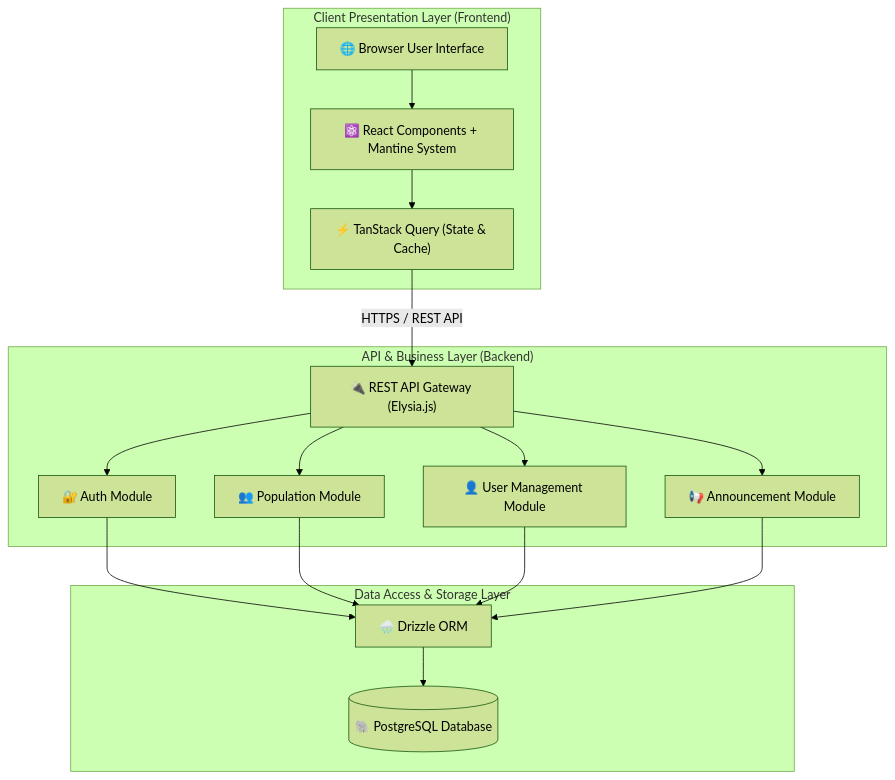
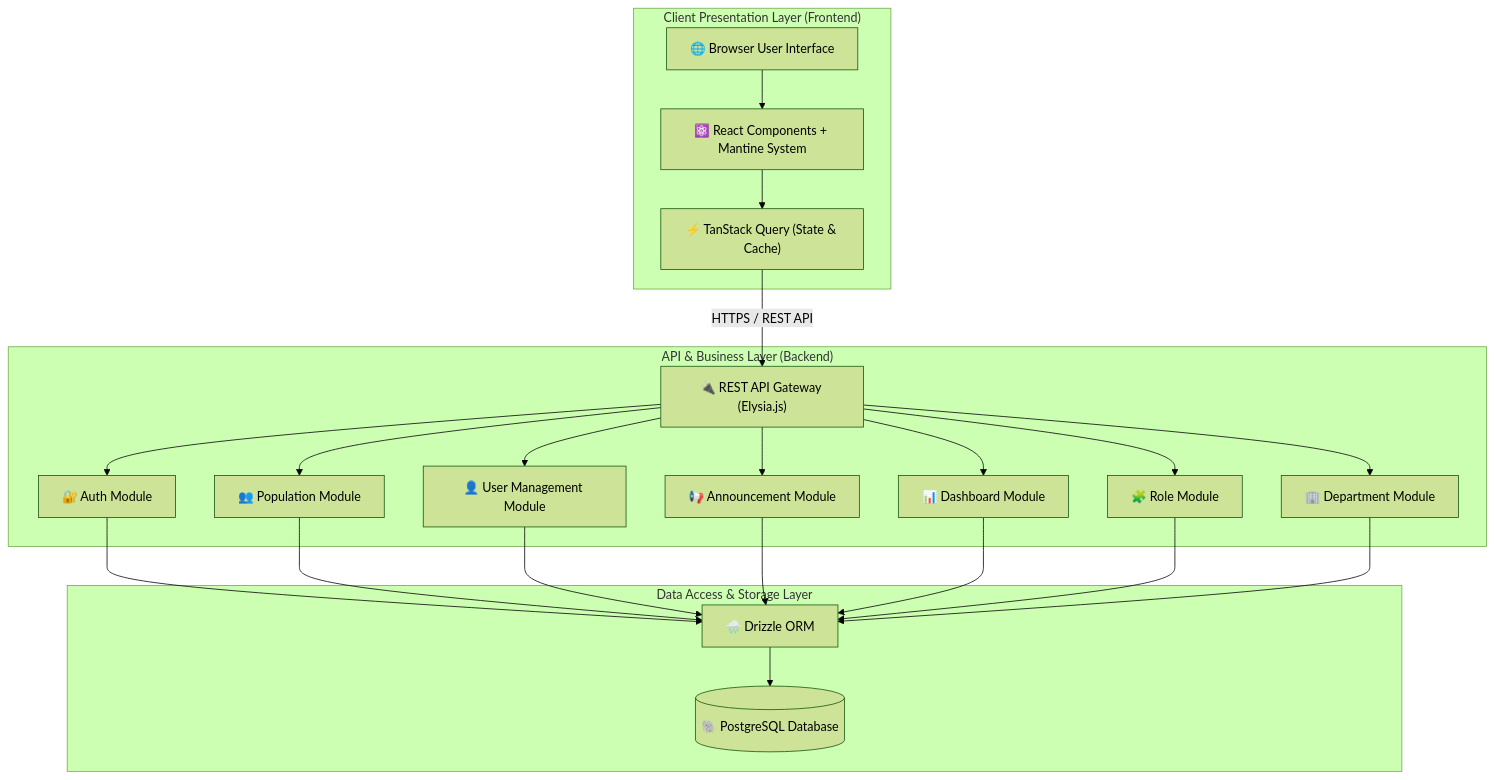
One commit to FakhriF/civic-os changed the first of 3 diagrams in docs/architecture.md. Above: the diagram before and after it, drawn with Mermaid (forest theme). The commit also changed other lines of this file and 3 other files, not shown here.

First line of the commit message:
docs: reconcile ADR list, module diagrams, and app READMEs

````diff
--- a/docs/architecture.md
+++ b/docs/architecture.md
@@ -11,37 +11,46 @@
 ```mermaid
 graph TB
     subgraph ClientLayer ["Client Presentation Layer (Frontend)"]
         Browser["🌐 Browser User Interface"]
         ReactUI["⚛️ React Components + Mantine System"]
         TQCache["⚡ TanStack Query (State & Cache)"]
     end
 
     subgraph APILayer ["API & Business Layer (Backend)"]
         RESTGateway["🔌 REST API Gateway (Elysia.js)"]
         AuthMod["🔐 Auth Module"]
         PopMod["👥 Population Module"]
         UserMod["👤 User Management Module"]
         AnnMod["📢 Announcement Module"]
+        DashMod["📊 Dashboard Module"]
+        RoleMod["🧩 Role Module"]
+        DeptMod["🏢 Department Module"]
     end
 
     subgraph DataLayer ["Data Access & Storage Layer"]
         Drizzle["🌧️ Drizzle ORM"]
         Postgres[("🐘 PostgreSQL Database")]
     end
 
     Browser --> ReactUI
     ReactUI --> TQCache
     TQCache -->|HTTPS / REST API| RESTGateway
 
     RESTGateway --> AuthMod
     RESTGateway --> PopMod
     RESTGateway --> UserMod
     RESTGateway --> AnnMod
+    RESTGateway --> DashMod
+    RESTGateway --> RoleMod
+    RESTGateway --> DeptMod
 
     AuthMod --> Drizzle
     PopMod --> Drizzle
     UserMod --> Drizzle
     AnnMod --> Drizzle
+    DashMod --> Drizzle
+    RoleMod --> Drizzle
+    DeptMod --> Drizzle
 
     Drizzle --> Postgres
 ```
````
